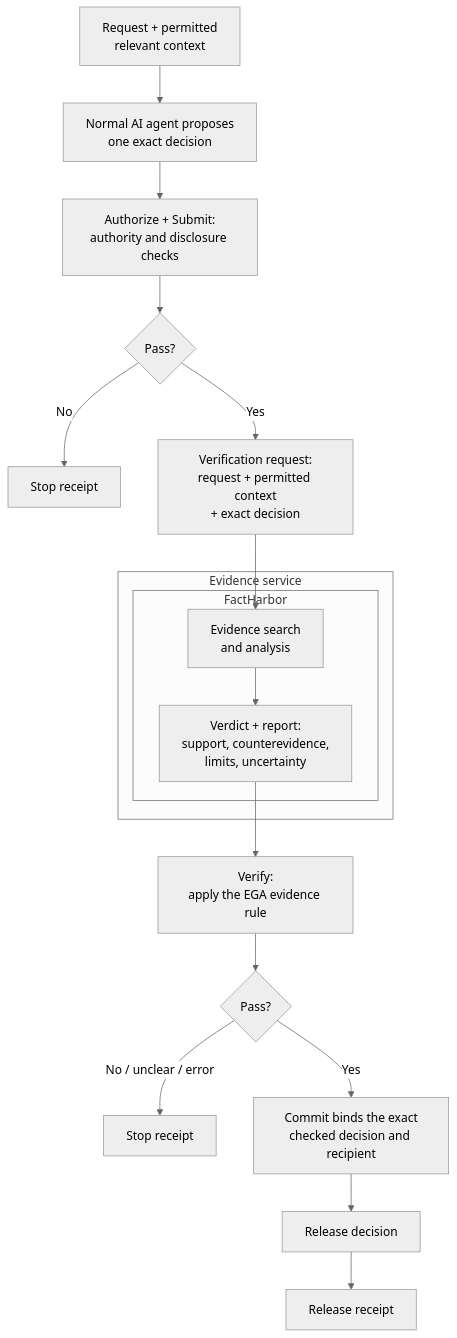
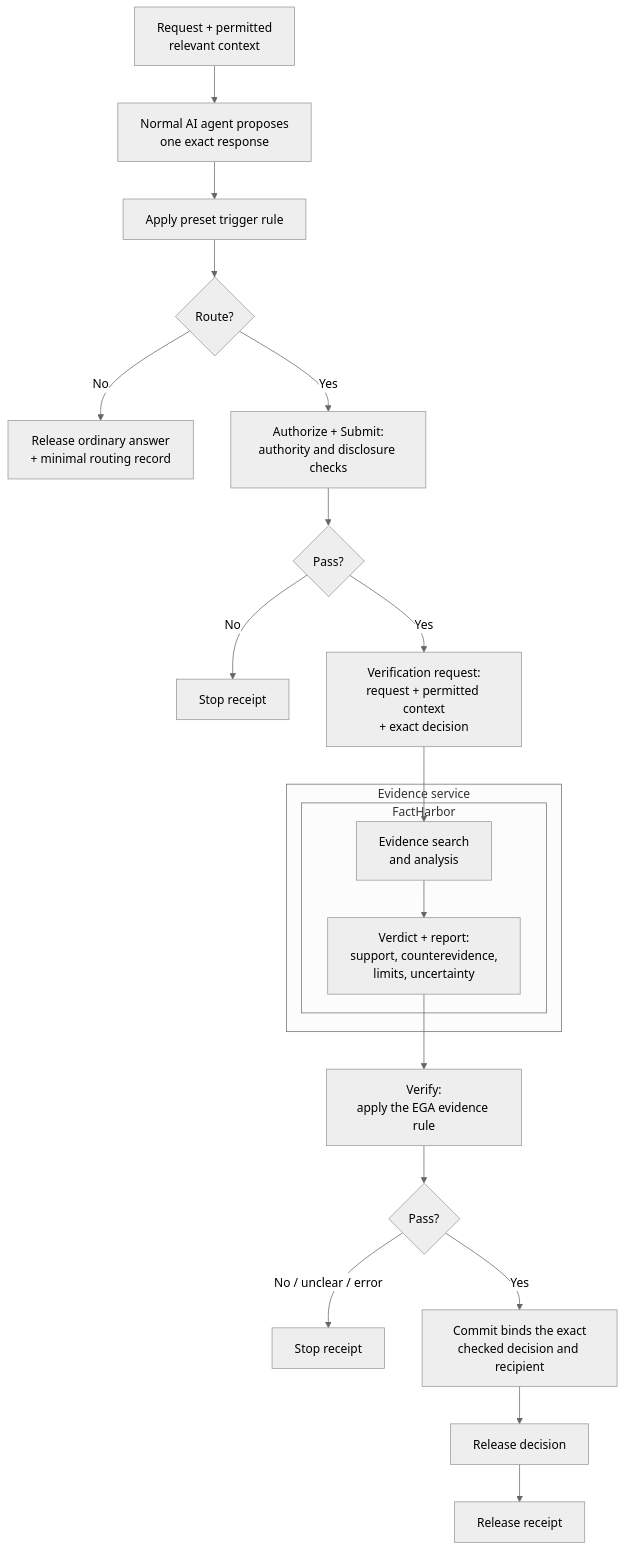
One commit to robertschaub/our-ai-charter changed the second of 2 diagrams in docs/Assurance/Concepts/evidence-gated-agents.md. Above: the diagram before and after it, drawn with Mermaid (neutral theme). The commit also changed other lines of this file and 1 other file, not shown here.

Commit message:
docs(ega): document preset trigger routing

````diff
--- a/docs/Assurance/Concepts/evidence-gated-agents.md
+++ b/docs/Assurance/Concepts/evidence-gated-agents.md
@@ -86,20 +88,23 @@
 ```mermaid
 flowchart TD
-    U["Request + permitted<br/>relevant context"] --> A["Normal AI agent proposes<br/>one exact decision"]
-    A --> PRE["Authorize + Submit:<br/>authority and disclosure checks"]
+    U["Request + permitted<br/>relevant context"] --> A["Normal AI agent proposes<br/>one exact response"]
+    A --> T["Apply preset trigger rule"]
+    T --> R{"Route?"}
+    R -->|No| OA["Release ordinary answer<br/>+ minimal routing record"]
+    R -->|Yes| PRE["Authorize + Submit:<br/>authority and disclosure checks"]
     PRE --> P{"Pass?"}
     P -->|No| N1["Stop receipt"]
     P -->|Yes| Q["Verification request:<br/>request + permitted context<br/>+ exact decision"]
     subgraph ES["Evidence service"]
         subgraph FH["FactHarbor"]
             F["Evidence search<br/>and analysis"] --> FR["Verdict + report:<br/>support, counterevidence,<br/>limits, uncertainty"]
         end
     end
     Q --> F
     FR --> V["Verify:<br/>apply the EGA evidence rule"]
     V --> D{"Pass?"}
     D -->|No / unclear / error| N2["Stop receipt"]
     D -->|Yes| C["Commit binds the exact<br/>checked decision and recipient"]
     C --> O["Release decision"]
     O --> RR["Release receipt"]
 ```
````
